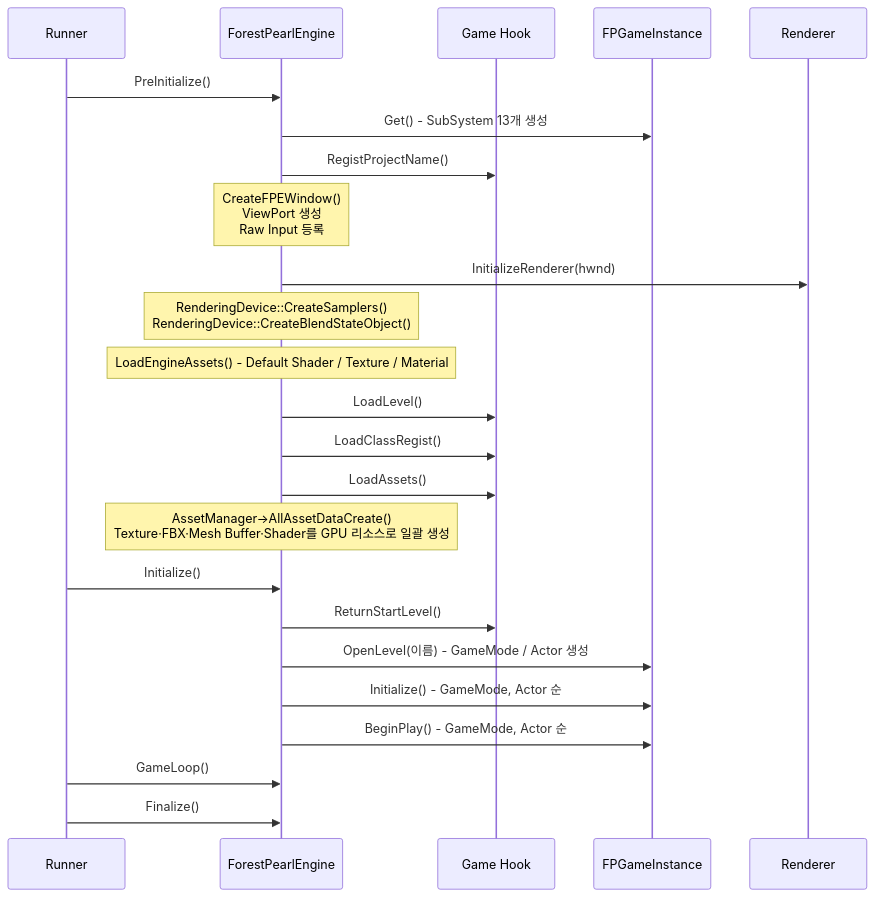
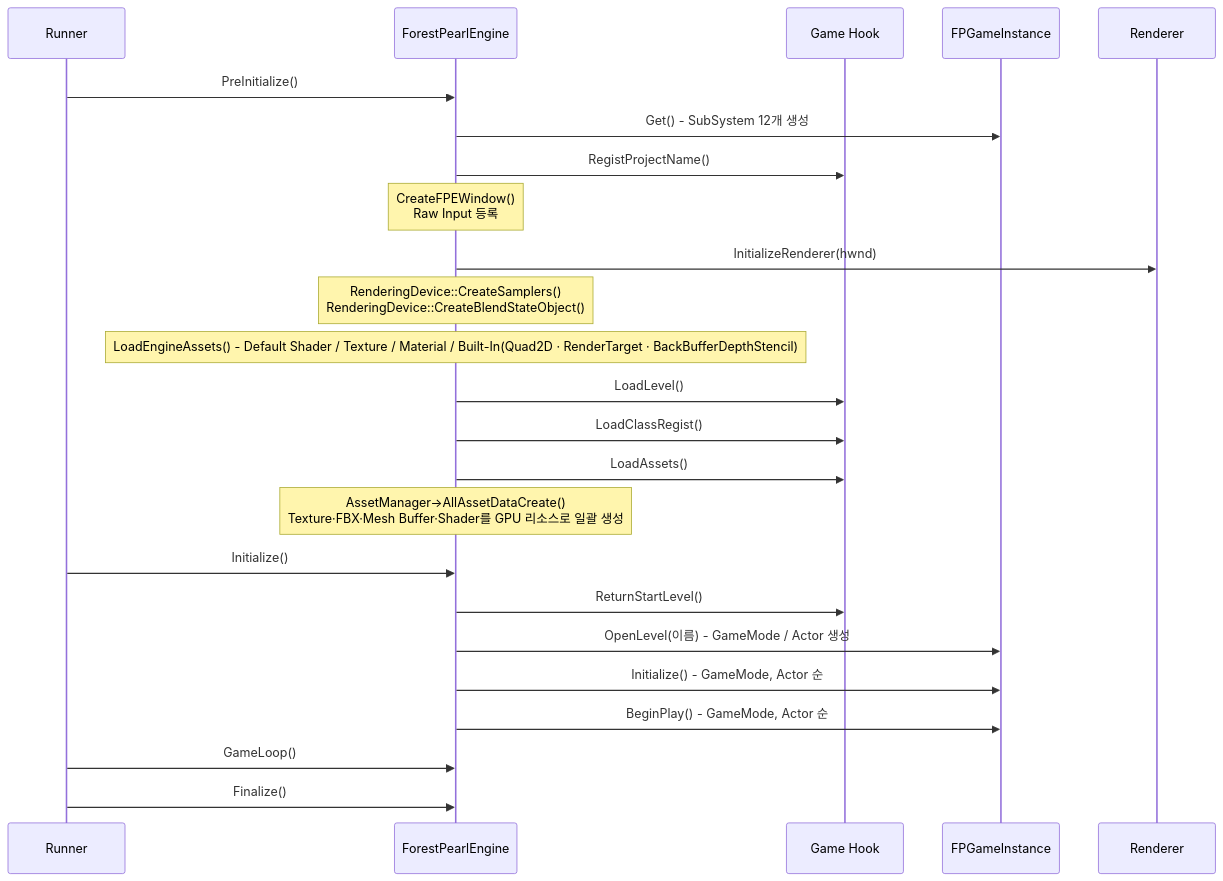
One commit to Gat-Young/ForestPearlEngine changed the third of 22 diagrams in README.md. Above: the diagram before and after it, drawn with Mermaid. The commit also changed other lines of this file, not shown here.

````diff
--- a/README.md
+++ b/README.md
@@ -430,29 +436,29 @@
 ```mermaid
 sequenceDiagram
     participant Run as Runner
     participant Eng as ForestPearlEngine
     participant Game as Game Hook
     participant GI as FPGameInstance
     participant Ren as Renderer
 
     Run->>Eng: PreInitialize()
-    Eng->>GI: Get() - SubSystem 13개 생성
+    Eng->>GI: Get() - SubSystem 12개 생성
     Eng->>Game: RegistProjectName()
-    Note over Eng: CreateFPEWindow()<br/>ViewPort 생성<br/>Raw Input 등록
+    Note over Eng: CreateFPEWindow()<br/>Raw Input 등록
     Eng->>Ren: InitializeRenderer(hwnd)
     Note over Eng: RenderingDevice::CreateSamplers()<br/>RenderingDevice::CreateBlendStateObject()
-    Note over Eng: LoadEngineAssets() - Default Shader / Texture / Material
+    Note over Eng: LoadEngineAssets() - Default Shader / Texture / Material / Built-In(Quad2D · RenderTarget · BackBufferDepthStencil)
     Eng->>Game: LoadLevel()
     Eng->>Game: LoadClassRegist()
     Eng->>Game: LoadAssets()
     Note over Eng: AssetManager->AllAssetDataCreate()<br/>Texture·FBX·Mesh Buffer·Shader를 GPU 리소스로 일괄 생성
 
     Run->>Eng: Initialize()
     Eng->>Game: ReturnStartLevel()
     Eng->>GI: OpenLevel(이름) - GameMode / Actor 생성
     Eng->>GI: Initialize() - GameMode, Actor 순
     Eng->>GI: BeginPlay() - GameMode, Actor 순
 
     Run->>Eng: GameLoop()
     Run->>Eng: Finalize()
 ```
````
